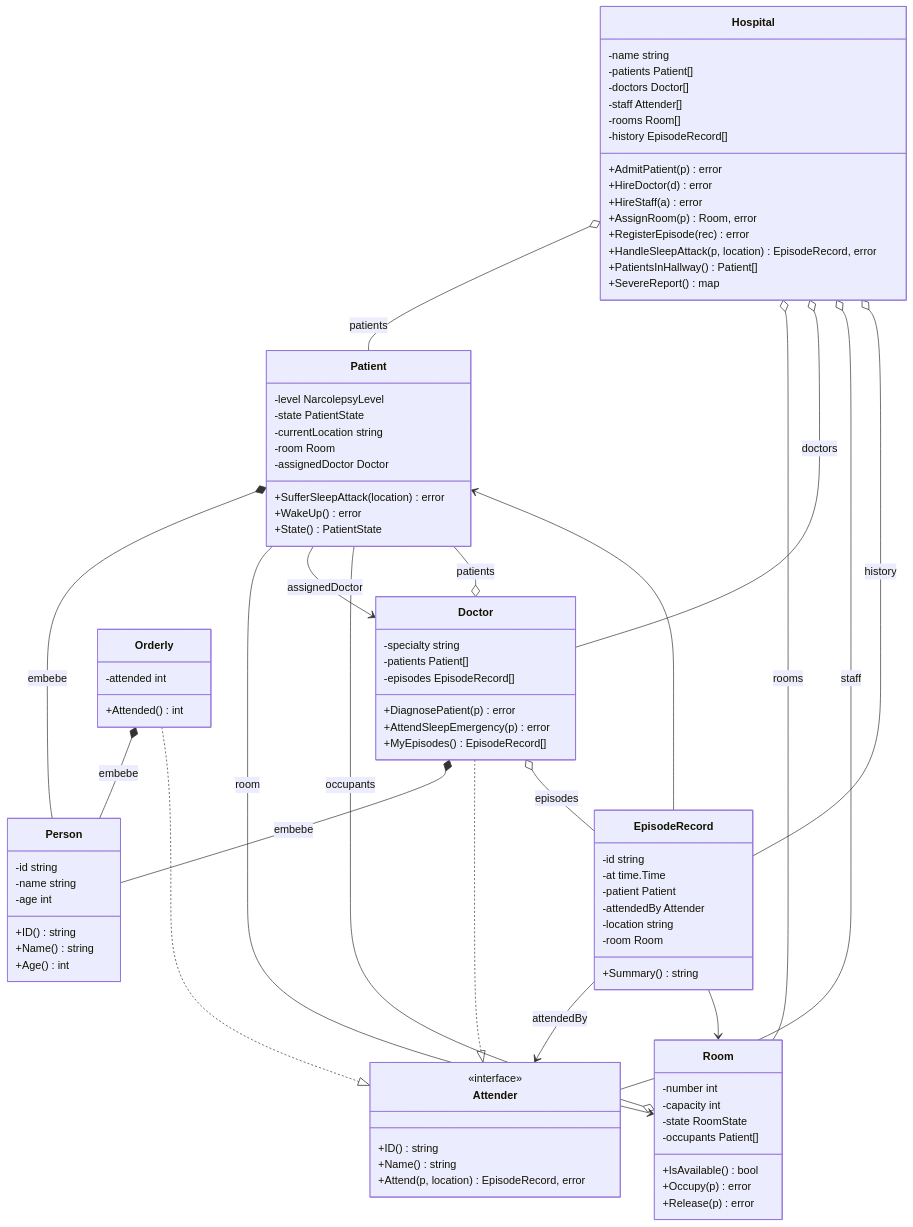
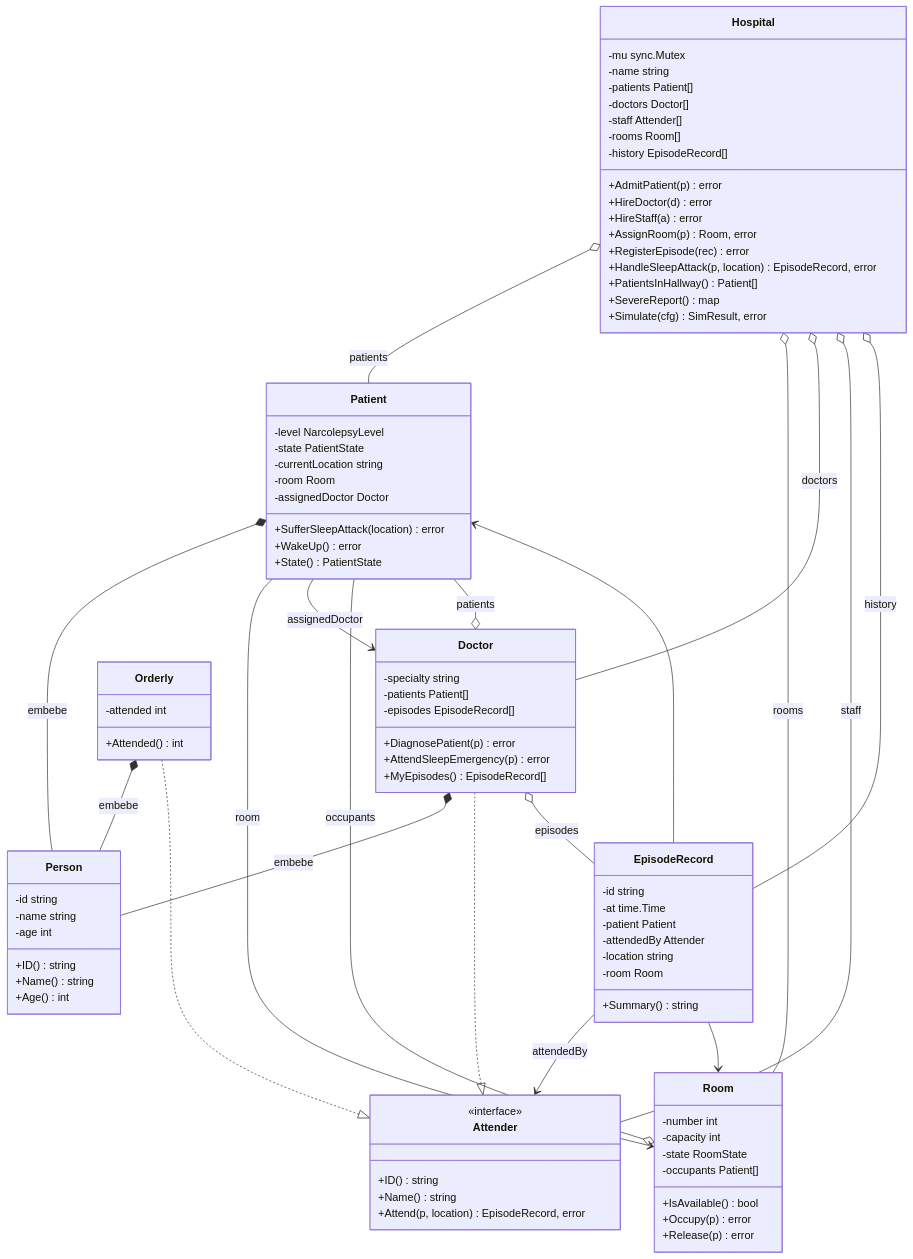
Before and after one commit to DuqueJR/costenos-narcolepsia: the third of 9 diagrams in README.md, drawn with Mermaid. The commit also changed other lines of this file, not shown here.

```diff
--- a/README.md
+++ b/README.md
@@ -147,6 +428,7 @@
         +Summary() string
     }
     class Hospital {
+        -mu sync.Mutex
         -name string
         -patients Patient[]
         -doctors Doctor[]
@@ -161,6 +443,7 @@
         +HandleSleepAttack(p, location) EpisodeRecord, error
         +PatientsInHallway() Patient[]
         +SevereReport() map
+        +Simulate(cfg) SimResult, error
     }
 
     Patient *-- Person : embebe
```
